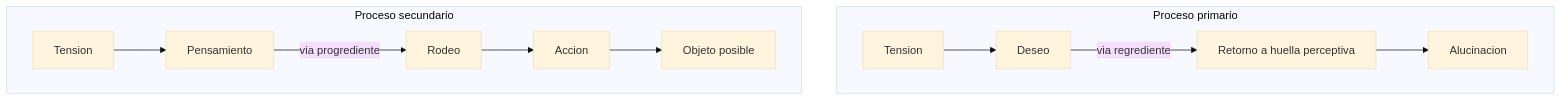
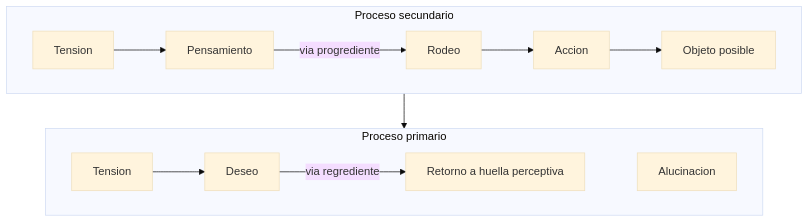
The fourth of 5 diagrams in libro/bookops/02-sintesis-integrada/06-deseo-y-funcionamiento-del-aparato.md (javifernandes/psicoanalisis-freud-laznik), drawn with Mermaid (base theme) before and after one commit. The commit also changed 30 other files, not shown here.

````diff
--- a/libro/bookops/02-sintesis-integrada/06-deseo-y-funcionamiento-del-aparato.md
+++ b/libro/bookops/02-sintesis-integrada/06-deseo-y-funcionamiento-del-aparato.md
@@ -87,15 +87,20 @@
 ```mermaid
 flowchart TD
+  subgraph S["Proceso secundario"]
+    direction LR
+    S1["Tension"] --> S2["Pensamiento"]
+    S2 -->|via progrediente| S3["Rodeo"]
+    S3 --> S4["Accion"]
+    S4 --> S5["Objeto posible"]
+  end
+
   subgraph P["Proceso primario"]
+    direction LR
     P1["Tension"] --> P2["Deseo"]
     P2 -->|via regrediente| P3["Retorno a huella perceptiva"]
     P3 --> P4["Alucinacion"]
   end
 
-  subgraph S["Proceso secundario"]
-    S1["Tension"] --> S2["Pensamiento"]
-    S2 -->|via progrediente| S3["Rodeo"]
-    S3 --> S4["Accion"]
-    S4 --> S5["Objeto posible"]
-  end
+  S --> P
+  linkStyle 6 stroke:transparent,fill:none;
 ```
````
